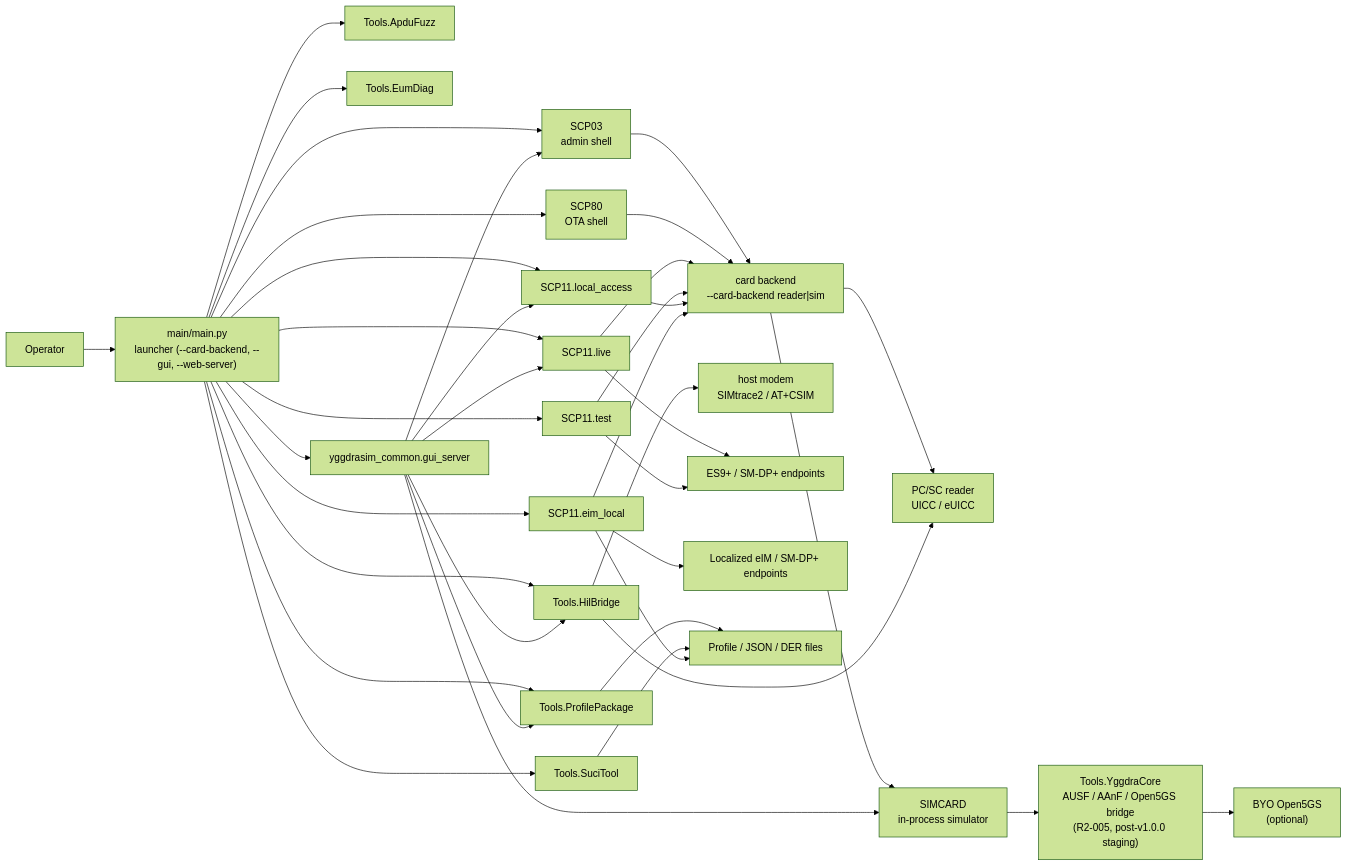
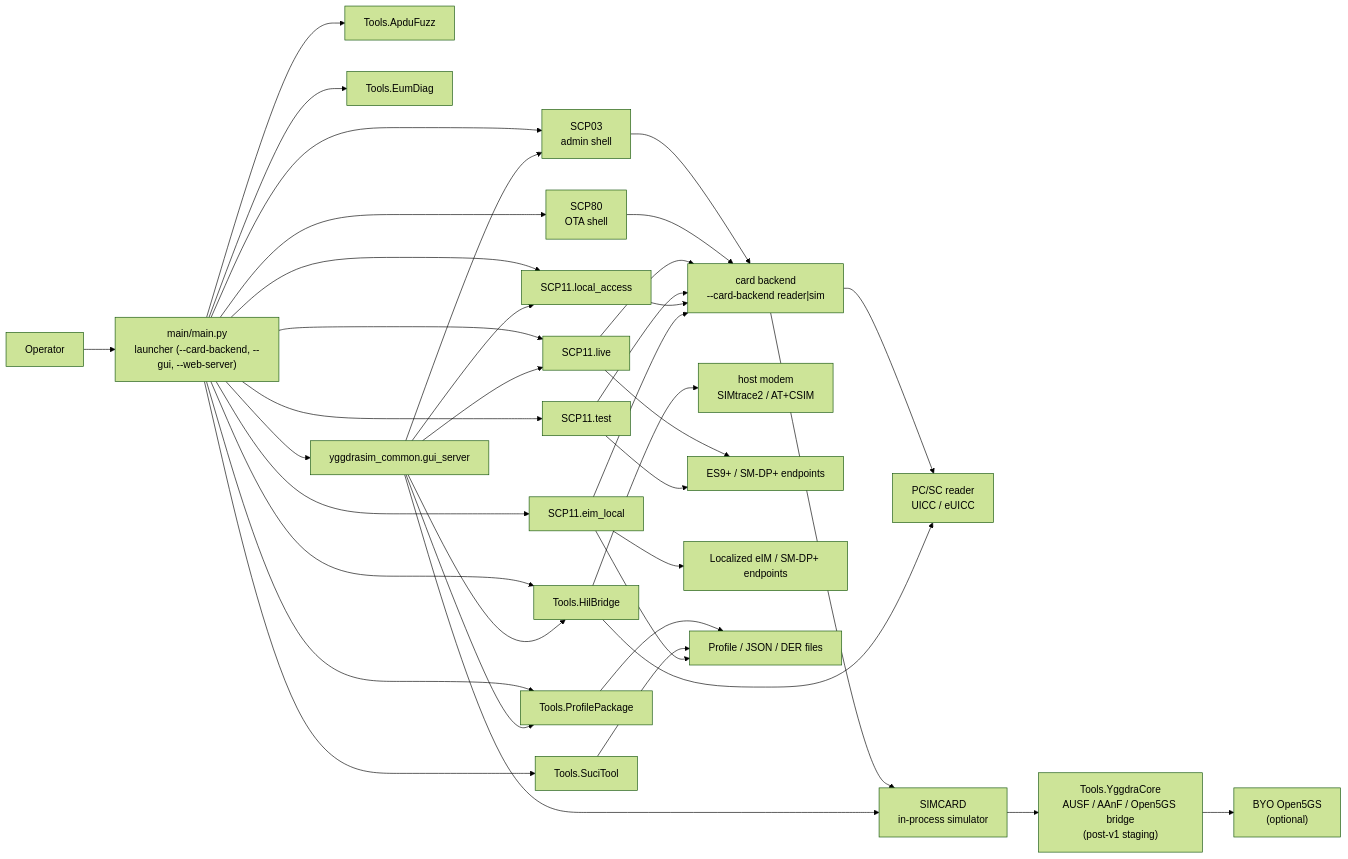
The first of 12 diagrams in guides/ARCHITECTURE.md (1oT/YggdraSIM), drawn with Mermaid (forest theme) before and after one commit. The commit also changed other lines of this file and 452 other files, not shown here.

````diff
--- a/guides/ARCHITECTURE.md
+++ b/guides/ARCHITECTURE.md
@@ -31,48 +31,48 @@
 ```mermaid
 flowchart LR
     Operator["Operator"] --> Launcher["main/main.py<br/>launcher (--card-backend, --gui, --web-server)"]
 
     Launcher --> SCP03["SCP03<br/>admin shell"]
     Launcher --> SCP80["SCP80<br/>OTA shell"]
     Launcher --> Live["SCP11.live"]
     Launcher --> Test["SCP11.test"]
     Launcher --> Local["SCP11.local_access"]
     Launcher --> EimLocal["SCP11.eim_local"]
     Launcher --> ProfileTool["Tools.ProfilePackage"]
     Launcher --> Suci["Tools.SuciTool"]
     Launcher --> Hil["Tools.HilBridge"]
     Launcher --> Fuzz["Tools.ApduFuzz"]
     Launcher --> Eum["Tools.EumDiag"]
     Launcher --> Gui["yggdrasim_common.gui_server"]
 
     SCP03 --> Backend["card backend<br/>--card-backend reader|sim"]
     SCP80 --> Backend
     Live --> Backend
     Test --> Backend
     Local --> Backend
     EimLocal --> Backend
 
     Backend --> Card["PC/SC reader<br/>UICC / eUICC"]
     Backend --> Sim["SIMCARD<br/>in-process simulator"]
 
     Hil --> Card
     Hil --> Modem["host modem<br/>SIMtrace2 / AT+CSIM"]
 
     Live --> Network["ES9+ / SM-DP+ endpoints"]
     Test --> Network
     EimLocal --> LocalServices["Localized eIM / SM-DP+ endpoints"]
 
-    Sim --> YggdraCore["Tools.YggdraCore<br/>AUSF / AAnF / Open5GS bridge<br/>(R2-005, post-v1.0.0 staging)"]
+    Sim --> YggdraCore["Tools.YggdraCore<br/>AUSF / AAnF / Open5GS bridge<br/>(post-v1 staging)"]
     YggdraCore --> Open5gs["BYO Open5GS<br/>(optional)"]
 
     ProfileTool --> Files["Profile / JSON / DER files"]
     Suci --> Files
     EimLocal --> Files
 
     Gui --> SCP03
     Gui --> Live
     Gui --> Local
     Gui --> ProfileTool
     Gui --> Sim
     Gui --> Hil
 ```
````
